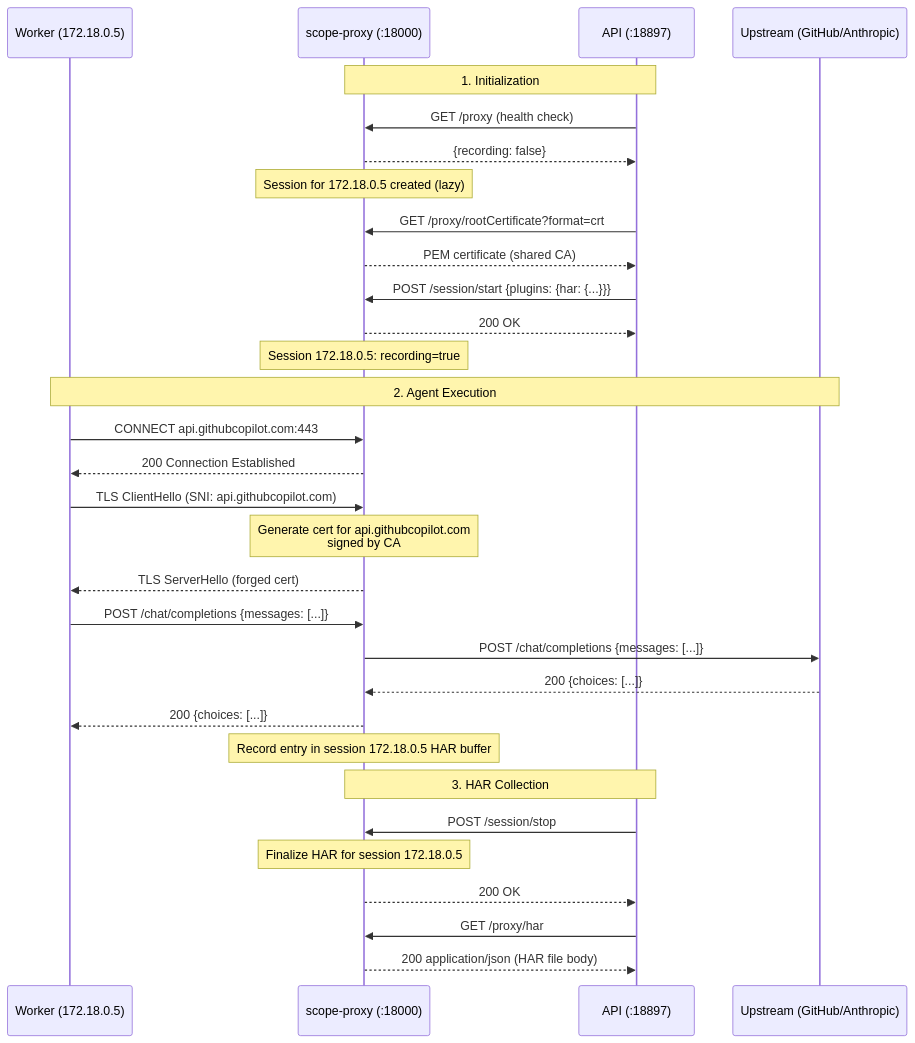
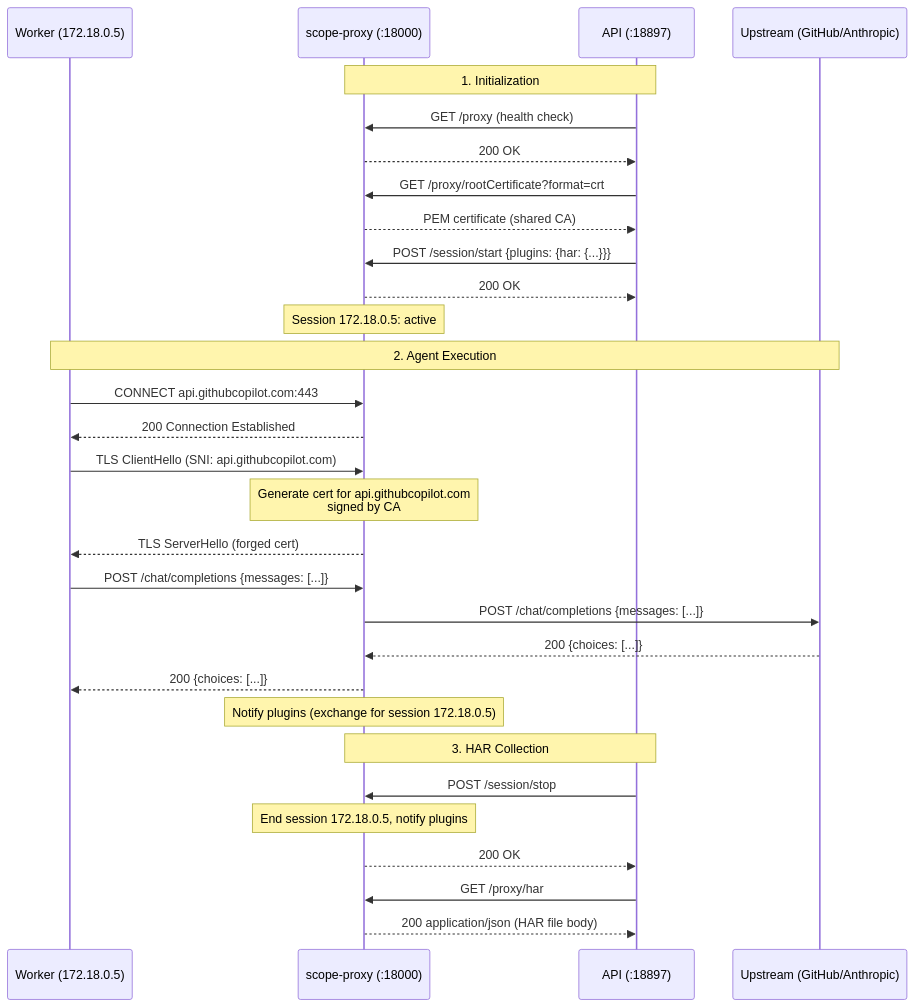
One commit to Gile987/scope changed the second of 4 diagrams in docs/design/rust-tls-proxy.md. Above: the diagram before and after it, drawn with Mermaid. The commit also changed other lines of this file, not shown here.

Commit message:
docs: decouple recording from proxy — sessions are the proxy concept, recording is HAR plugin internal

````diff
--- a/docs/design/rust-tls-proxy.md
+++ b/docs/design/rust-tls-proxy.md
@@ -82,36 +82,35 @@
 ```mermaid
 sequenceDiagram
     participant W as Worker (172.18.0.5)
     participant P as scope-proxy (:18000)
     participant A as API (:18897)
     participant U as Upstream (GitHub/Anthropic)
 
     Note over A,P: 1. Initialization
     A->>P: GET /proxy (health check)
-    P-->>A: {recording: false}
-    Note over P: Session for 172.18.0.5 created (lazy)
+    P-->>A: 200 OK
     A->>P: GET /proxy/rootCertificate?format=crt
     P-->>A: PEM certificate (shared CA)
     A->>P: POST /session/start {plugins: {har: {...}}}
     P-->>A: 200 OK
-    Note over P: Session 172.18.0.5: recording=true
+    Note over P: Session 172.18.0.5: active
 
     Note over W,U: 2. Agent Execution
     W->>P: CONNECT api.githubcopilot.com:443
     P-->>W: 200 Connection Established
     W->>P: TLS ClientHello (SNI: api.githubcopilot.com)
     Note over P: Generate cert for api.githubcopilot.com<br/>signed by CA
     P-->>W: TLS ServerHello (forged cert)
     W->>P: POST /chat/completions {messages: [...]}
     P->>U: POST /chat/completions {messages: [...]}
     U-->>P: 200 {choices: [...]}
     P-->>W: 200 {choices: [...]}
-    Note over P: Record entry in session 172.18.0.5 HAR buffer
+    Note over P: Notify plugins (exchange for session 172.18.0.5)
 
     Note over A,P: 3. HAR Collection
     A->>P: POST /session/stop
-    Note over P: Finalize HAR for session 172.18.0.5
+    Note over P: End session 172.18.0.5, notify plugins
     P-->>A: 200 OK
     A->>P: GET /proxy/har
     P-->>A: 200 application/json (HAR file body)
 ```
````
